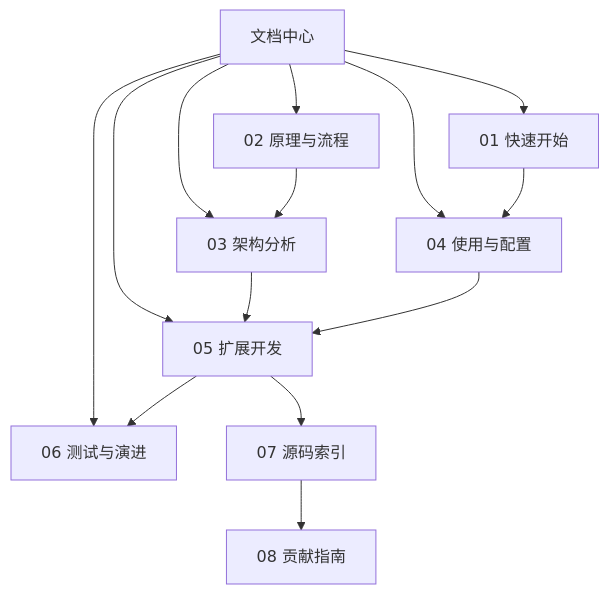
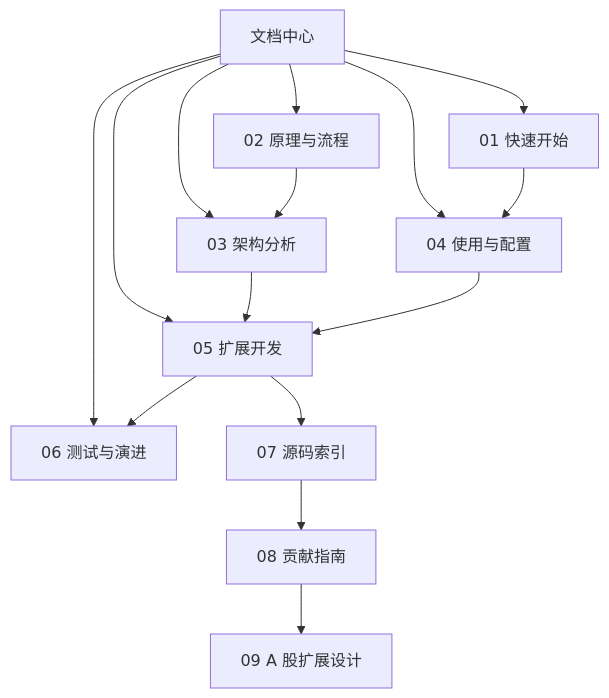
Before and after one commit to A1pha3/TradingAgents: the diagram in docs/cn/README.md, drawn with Mermaid. The commit also changed other lines of this file and 8 other files, not shown here.

````diff
--- a/docs/cn/README.md
+++ b/docs/cn/README.md
@@ -243,17 +244,18 @@
 ```mermaid
 flowchart TD
     A[文档中心] --> B[01 快速开始]
     A --> C[02 原理与流程]
     A --> D[03 架构分析]
     A --> E[04 使用与配置]
     A --> F[05 扩展开发]
     A --> G[06 测试与演进]
 
     B --> E
     C --> D
     D --> F
     E --> F
     F --> G
     F --> H[07 源码索引]
     H --> I[08 贡献指南]
+    I --> J[09 A 股扩展设计]
 ```
````
